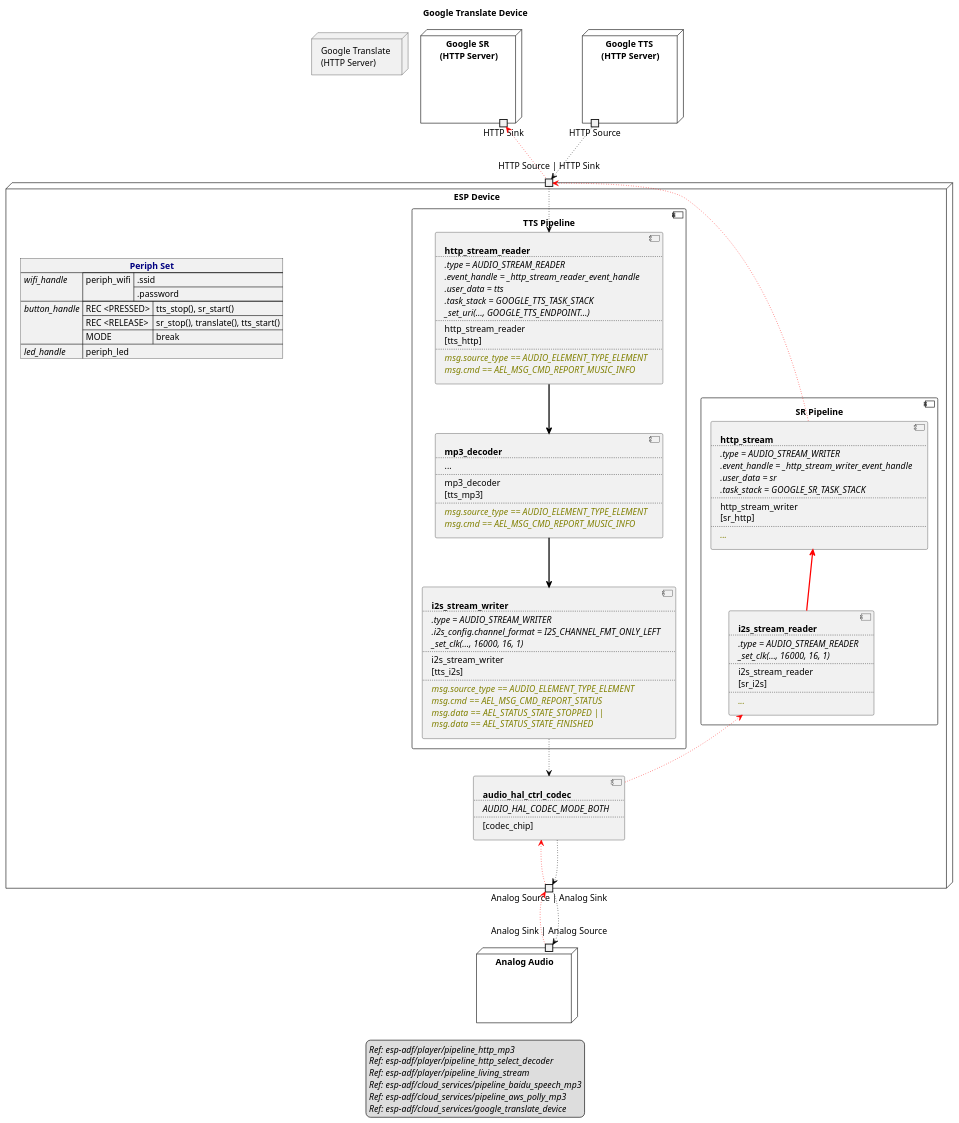
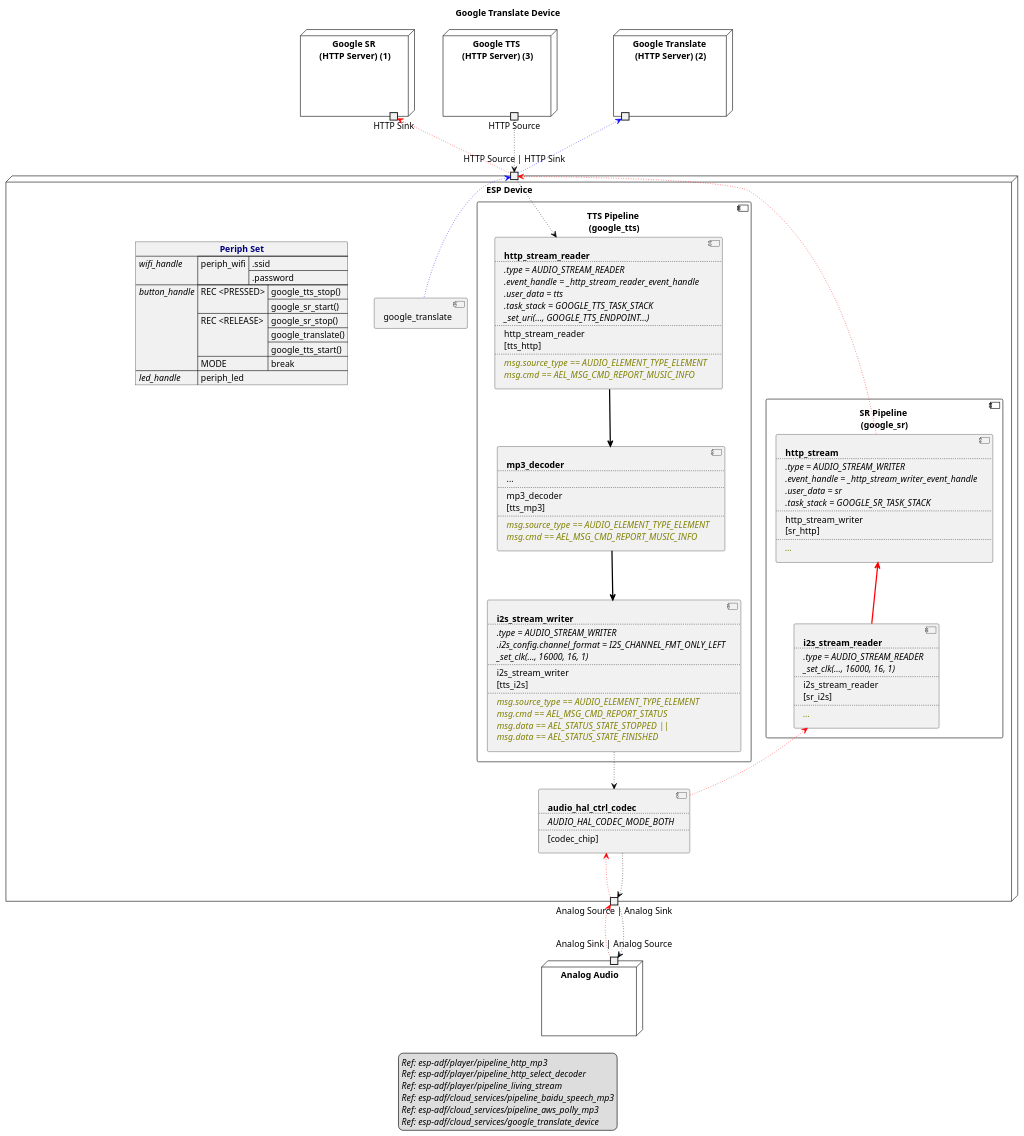
One commit to liang-zhu-zi/open-audio-adapter changed the diagram in examples/esp-adf/cloud_services/google_translate_device/audio-stream-diagram.plantuml. Above: the diagram before and after it, drawn with PlantUML.

Commit message:
add audio flow chart

```diff
--- a/examples/esp-adf/cloud_services/google_translate_device/audio-stream-diagram.plantuml
+++ b/examples/esp-adf/cloud_services/google_translate_device/audio-stream-diagram.plantuml
@@ -1,156 +1,162 @@
 @startuml google_translate_device
 title Google Translate Device
 allowmixing
 
 legend
 //Ref: esp-adf/player/pipeline_http_mp3//
 //Ref: esp-adf/player/pipeline_http_select_decoder//
 //Ref: esp-adf/player/pipeline_living_stream//
 //Ref: esp-adf/cloud_services/pipeline_baidu_speech_mp3//
 //Ref: esp-adf/cloud_services/pipeline_aws_polly_mp3//
 //Ref: esp-adf/cloud_services/google_translate_device//
 end legend
 
-node "Google TTS \n(HTTP Server)" as GoogleTTS  {
+node "Google Translate \n(HTTP Server) (2)" as GoogleTranslate  {
+    portout " " as TranslateHTTPSource
+}
+
+node "Google SR \n(HTTP Server) (1)" as GoogleSR  {
+    portout "HTTP Sink" as SRHTTPSink
+} 
+
+node "Google TTS \n(HTTP Server) (3)" as GoogleTTS  {
     portout "HTTP Source" as TTSHTTPSource
 }
-
-node "Google Translate \n(HTTP Server)" as GoogleTranslate  {
-    portout "HTTP Source" as TTSHTTPSource
-}
-
-node "Google SR \n(HTTP Server)" as GoogleSR  {
-    portout "HTTP Sink" as SRHTTPSink
-} 
 
 node "ESP Device" as ESPDevice  {
 
     json "<b><color navy>Periph Set" as periph_set {
         "<i>wifi_handle" : {
             "periph_wifi" : [".ssid", ".password"]
         },
         "<i>button_handle" : {
-            "REC <PRESSED>" : "tts_stop(), sr_start()",
-            "REC <RELEASE>" : "sr_stop(), translate(), tts_start()",
+            "REC <PRESSED>" : ["google_tts_stop()", "google_sr_start()"],
+            "REC <RELEASE>" : ["google_sr_stop()", "google_translate()", "google_tts_start()"],
             "MODE" : "break"
         },
         "<i>led_handle" : "periph_led"
     }
     
-    portin "HTTP Source | HTTP Sink" as HTTPSourceSink  
+    portin "HTTP Source | HTTP Sink" as HTTPSourceSink
 
-    component "TTS Pipeline" as TTSPipeline {
+    component "TTS Pipeline \n(google_tts)" as TTSPipeline {
 
         component HTTPStreamReader [
             <b>http_stream_reader
             ....
             <i>.type = AUDIO_STREAM_READER
             <i>.event_handle = _http_stream_reader_event_handle
             <i>.user_data = tts
             <i>.task_stack = GOOGLE_TTS_TASK_STACK
             <i>_set_uri(..., GOOGLE_TTS_ENDPOINT...)
             ....
             http_stream_reader
             [tts_http]
             ....
             <i><color olive>msg.source_type == AUDIO_ELEMENT_TYPE_ELEMENT
             <i><color olive>msg.cmd == AEL_MSG_CMD_REPORT_MUSIC_INFO
         ]
 
         component Mp3Decoder [
             <b>mp3_decoder
             ....
             ...
             ....
             mp3_decoder
             [tts_mp3]
             ....
             <i><color olive>msg.source_type == AUDIO_ELEMENT_TYPE_ELEMENT
             <i><color olive>msg.cmd == AEL_MSG_CMD_REPORT_MUSIC_INFO
         ]
 
         component I2SStreamWriter [
             <b>i2s_stream_writer
             ....
             <i>.type = AUDIO_STREAM_WRITER
             <i>.i2s_config.channel_format = I2S_CHANNEL_FMT_ONLY_LEFT
             <i>_set_clk(..., 16000, 16, 1)
             ....
             i2s_stream_writer
             [tts_i2s]
             ....
             <i><color olive>msg.source_type == AUDIO_ELEMENT_TYPE_ELEMENT
             <i><color olive>msg.cmd == AEL_MSG_CMD_REPORT_STATUS
             <i><color olive>msg.data == AEL_STATUS_STATE_STOPPED ||
             <i><color olive>msg.data == AEL_STATUS_STATE_FINISHED
         ]
     }
 
+    component "google_translate" as ESP32GoogleTranslate
 
-    component "SR Pipeline" as SRPipeline {
+    component "SR Pipeline \n(google_sr)" as SRPipeline {
 
         component HTTPStreamWriter [
             <b>http_stream
             ....
             <i>.type = AUDIO_STREAM_WRITER
             <i>.event_handle = _http_stream_writer_event_handle
             <i>.user_data = sr
             <i>.task_stack = GOOGLE_SR_TASK_STACK
             ....
             http_stream_writer
             [sr_http]
             ....
             <i><color olive>...
         ]
 
         component I2SStreamReader [
             <b>i2s_stream_reader
             ....
             <i>.type = AUDIO_STREAM_READER
             <i>_set_clk(..., 16000, 16, 1)
             ....
             i2s_stream_reader
             [sr_i2s]
             ....
             <i><color olive>...
         ]
     }
 
     component HALCodec [
         <b>audio_hal_ctrl_codec
         ....
         <i>AUDIO_HAL_CODEC_MODE_BOTH
         ....
         [codec_chip]
     ]
 
     portout "Analog Source | Analog Sink" as AnalogSourceSink
 } 
 
 node "Analog Audio" as AnalogAudio  {
     portin "Analog Sink | Analog Source" as AnalogSinkSource
 }
 
 
-SRHTTPSink   <-- HTTPSourceSink   #line:red;line.dotted;text:red
+SRHTTPSink   <-- HTTPSourceSink         #line:red;line.dotted;text:red
 
-HTTPSourceSink <-- HTTPStreamWriter   #line:red;line.dotted;text:red
+HTTPSourceSink <-- HTTPStreamWriter     #line:red;line.dotted;text:red
 HTTPStreamWriter <-- I2SStreamReader    #line:red;line.bold;text:red
-I2SStreamReader  <-- HALCodec     #line:red;line.dotted;text:red
-HALCodec   <-- AnalogSourceSink   #line:red;line.dotted;text:red
+I2SStreamReader  <-- HALCodec           #line:red;line.dotted;text:red
+HALCodec   <-- AnalogSourceSink         #line:red;line.dotted;text:red
 
-AnalogSourceSink <-- AnalogSinkSource #line:red;line.dotted;text:red
+AnalogSourceSink <-- AnalogSinkSource   #line:red;line.dotted;text:red
+
+
+
+TranslateHTTPSource <-- HTTPSourceSink  #line:blue;line.dotted;text:blue
+HTTPSourceSink <-- ESP32GoogleTranslate #line:blue;line.dotted;text:blue
 
 
 
 TTSHTTPSource --> HTTPSourceSink         #line:black;line.dotted;text:black
 
-HTTPSourceSink    --> HTTPStreamReader      #line:black;line.dotted;text:black
-HTTPStreamReader  --> Mp3Decoder      #line:black;line.bold;text:black
-Mp3Decoder --> I2SStreamWriter  #line:black;line.bold;text:black
-I2SStreamWriter  --> HALCodec   #line:black;line.dotted;text:black
-HALCodec   --> AnalogSourceSink     #line:black;line.dotted;text:black
+HTTPSourceSink    --> HTTPStreamReader   #line:black;line.dotted;text:black
+HTTPStreamReader  --> Mp3Decoder         #line:black;line.bold;text:black
+Mp3Decoder --> I2SStreamWriter           #line:black;line.bold;text:black
+I2SStreamWriter  --> HALCodec            #line:black;line.dotted;text:black
+HALCodec   --> AnalogSourceSink          #line:black;line.dotted;text:black
 
-AnalogSourceSink --> AnalogSinkSource     #line:black;line.dotted;text:black
+AnalogSourceSink --> AnalogSinkSource    #line:black;line.dotted;text:black
 
 @enduml
```
